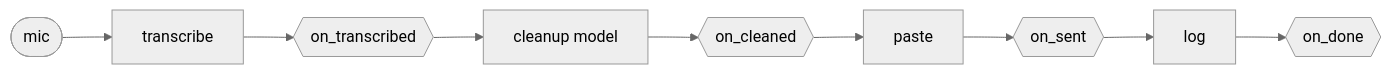
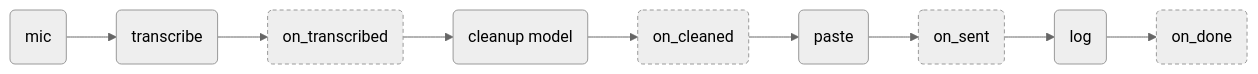
Before and after one commit to nigelgilbert/KikuFlow: the diagram in docs/hooks.md, drawn with Mermaid (neutral theme).

Commit message:
Draw hooks as dashed rounded boxes in the lifecycle diagram

````diff
--- a/docs/hooks.md
+++ b/docs/hooks.md
@@ -6,5 +6,6 @@
 ```mermaid
 flowchart LR
-    mic([mic]) --> stt[transcribe] --> t{{on_transcribed}} --> clean[cleanup model]
-    clean --> c{{on_cleaned}} --> paste[paste] --> s{{on_sent}} --> log[log] --> d{{on_done}}
+    mic(mic) --> stt(transcribe) --> t(on_transcribed):::hook --> clean(cleanup model)
+    clean --> c(on_cleaned):::hook --> paste(paste) --> s(on_sent):::hook --> log(log) --> d(on_done):::hook
+    classDef hook stroke-dasharray: 4 3
 ```
````
